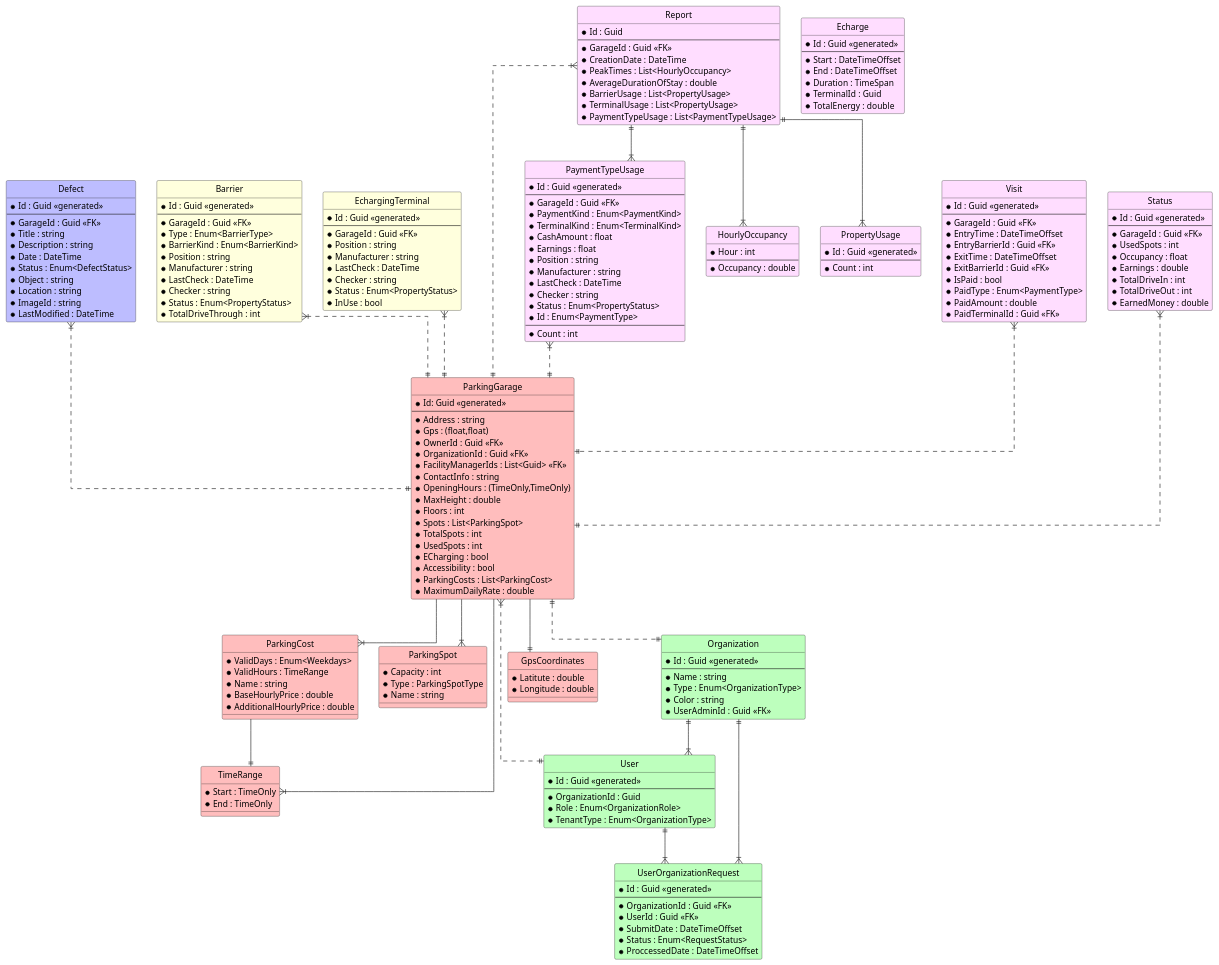
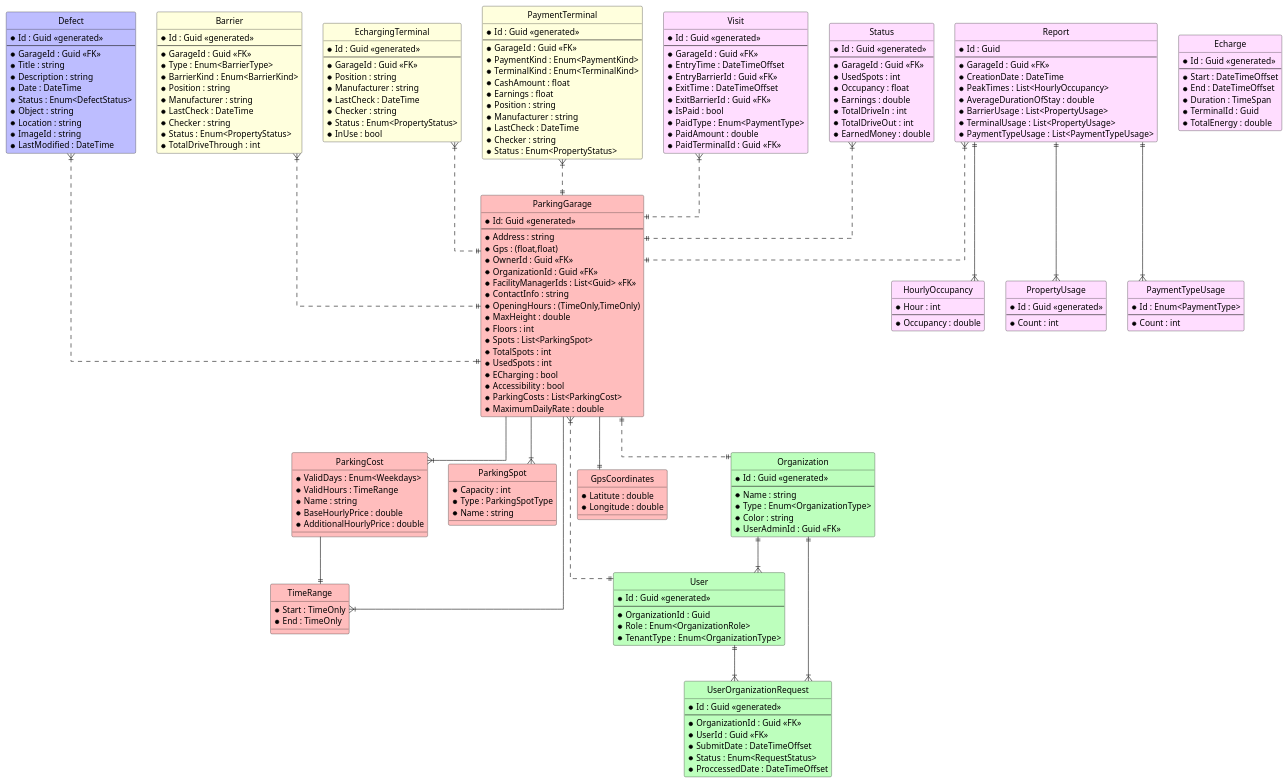
One commit to msi-cad-vw/.github changed the diagram in dbscheme.puml. Above: the diagram before and after it, drawn with PlantUML. The commit also changed 1 other file, not shown here.

Commit message:
Fixed db scheme diagram

```diff
--- a/dbscheme.puml
+++ b/dbscheme.puml
@@ -182,7 +182,7 @@
   *Count : int
 }
 
-entity "PaymentTypeUsage" as payment #fdf {
+entity "PaymentTypeUsage" as paymenttype #fdf {
   *Id : Enum<PaymentType>
   ---
   *Count : int
@@ -221,5 +221,5 @@
 report }|..|| garage
 report ||--|{ hourly
 report ||--|{ property
-report ||--|{ payment
+report ||--|{ paymenttype
 @enduml
```
